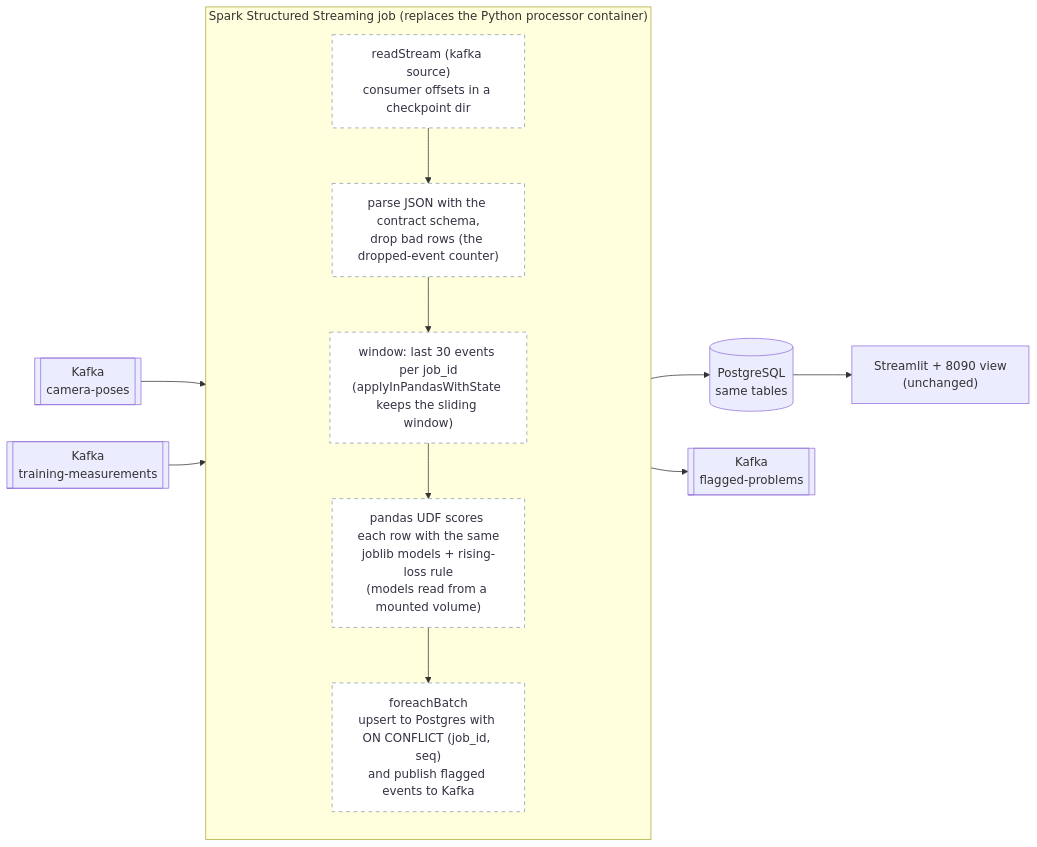
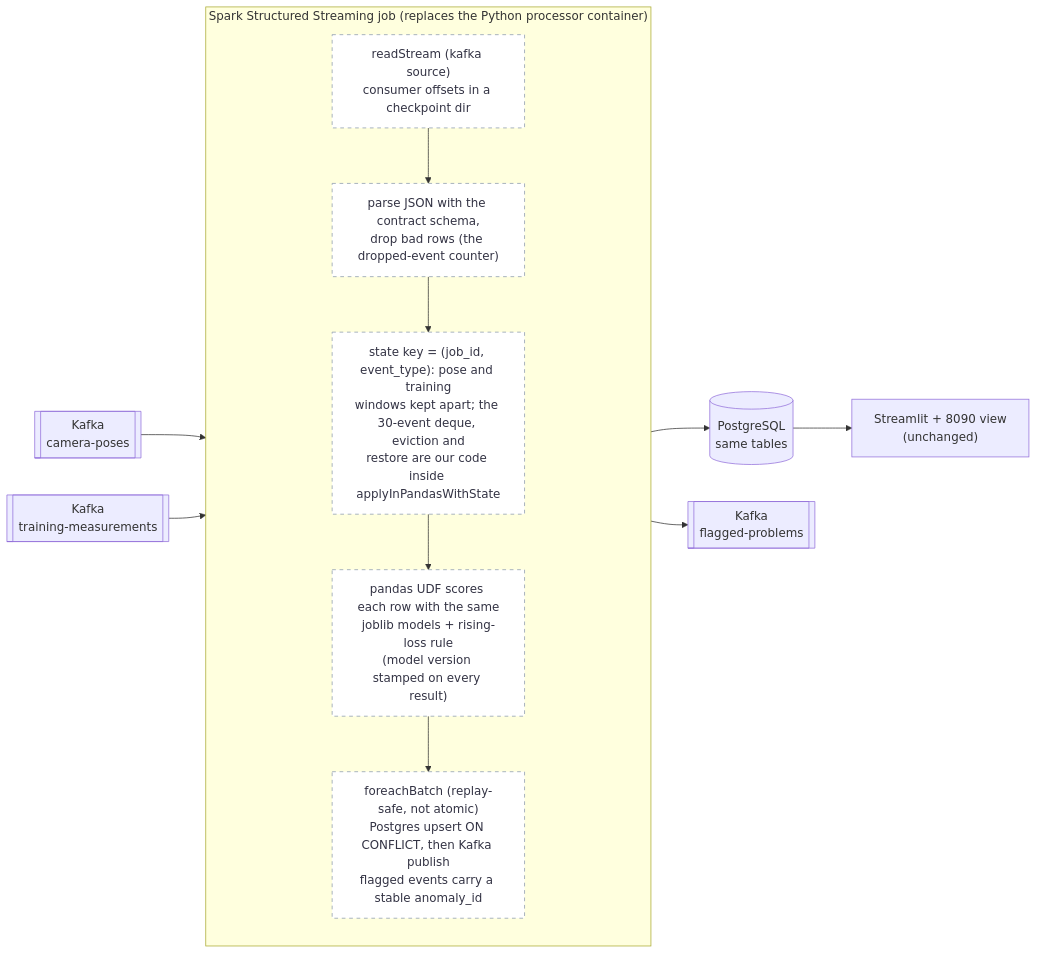
One commit to axls23/3D_world_genrator changed the third of 6 diagrams in hypersplat/streaming/docs/architecture-diagram.md. Above: the diagram before and after it, drawn with Mermaid. The commit also changed other lines of this file, not shown here.

Commit message:
Streaming docs: failure-aware processor graph, exact delivery contract, topology and scaling, corrected Spark notes

````diff
--- a/hypersplat/streaming/docs/architecture-diagram.md
+++ b/hypersplat/streaming/docs/architecture-diagram.md
@@ -114,24 +118,24 @@
 ```mermaid
 flowchart LR
     K1[["Kafka<br/>camera-poses"]]
     K2[["Kafka<br/>training-measurements"]]
 
     subgraph SP["Spark Structured Streaming job (replaces the Python processor container)"]
         direction TB
         R["readStream (kafka source)<br/>consumer offsets in a checkpoint dir"]
         PA["parse JSON with the contract schema,<br/>drop bad rows (the dropped-event counter)"]
-        WIN["window: last 30 events per job_id<br/>(applyInPandasWithState keeps the sliding window)"]
-        UDF["pandas UDF scores each row with the same<br/>joblib models + rising-loss rule<br/>(models read from a mounted volume)"]
-        FB["foreachBatch<br/>upsert to Postgres with ON CONFLICT (job_id, seq)<br/>and publish flagged events to Kafka"]
+        WIN["state key = (job_id, event_type): pose and training<br/>windows kept apart; the 30-event deque, eviction and<br/>restore are our code inside applyInPandasWithState"]
+        UDF["pandas UDF scores each row with the same<br/>joblib models + rising-loss rule<br/>(model version stamped on every result)"]
+        FB["foreachBatch (replay-safe, not atomic)<br/>Postgres upsert ON CONFLICT, then Kafka publish<br/>flagged events carry a stable anomaly_id"]
         R --> PA --> WIN --> UDF --> FB
     end
 
     K1 --> R
     K2 --> R
     FB --> PG[("PostgreSQL<br/>same tables")]
     FB --> K3[["Kafka<br/>flagged-problems"]]
     PG --> D["Streamlit + 8090 view<br/>(unchanged)"]
 
     classDef planned fill:#fff,stroke:#8999ad,stroke-dasharray: 5 5,color:#334;
     class R,PA,WIN,UDF,FB planned;
 ```
````
